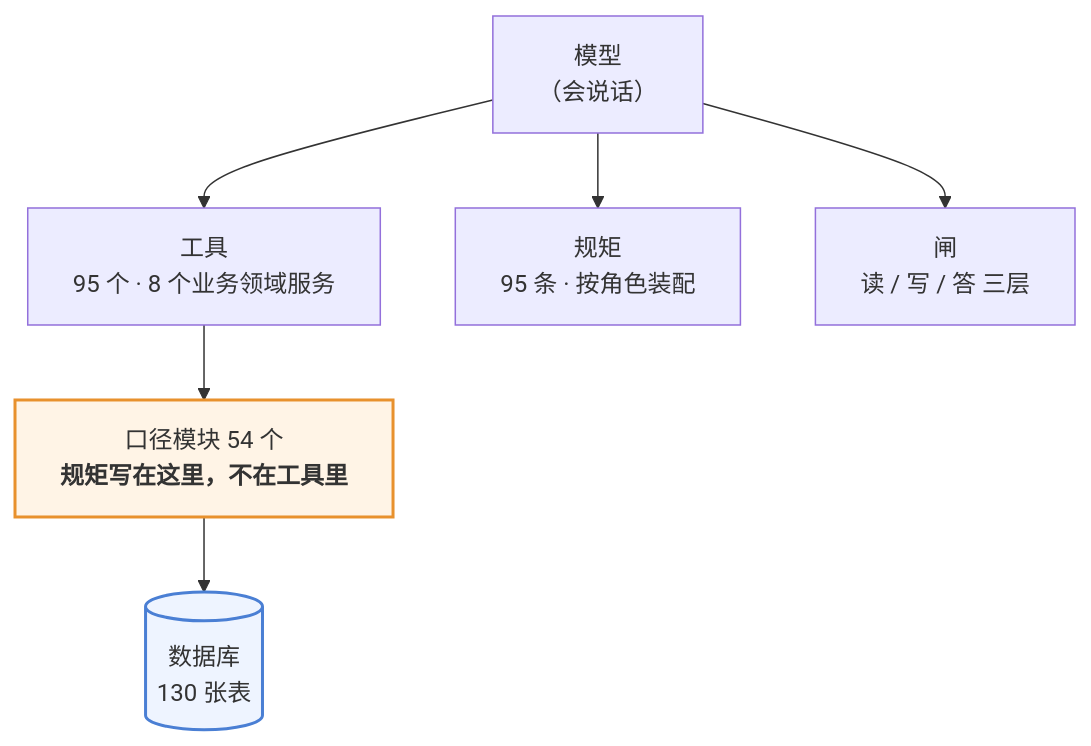
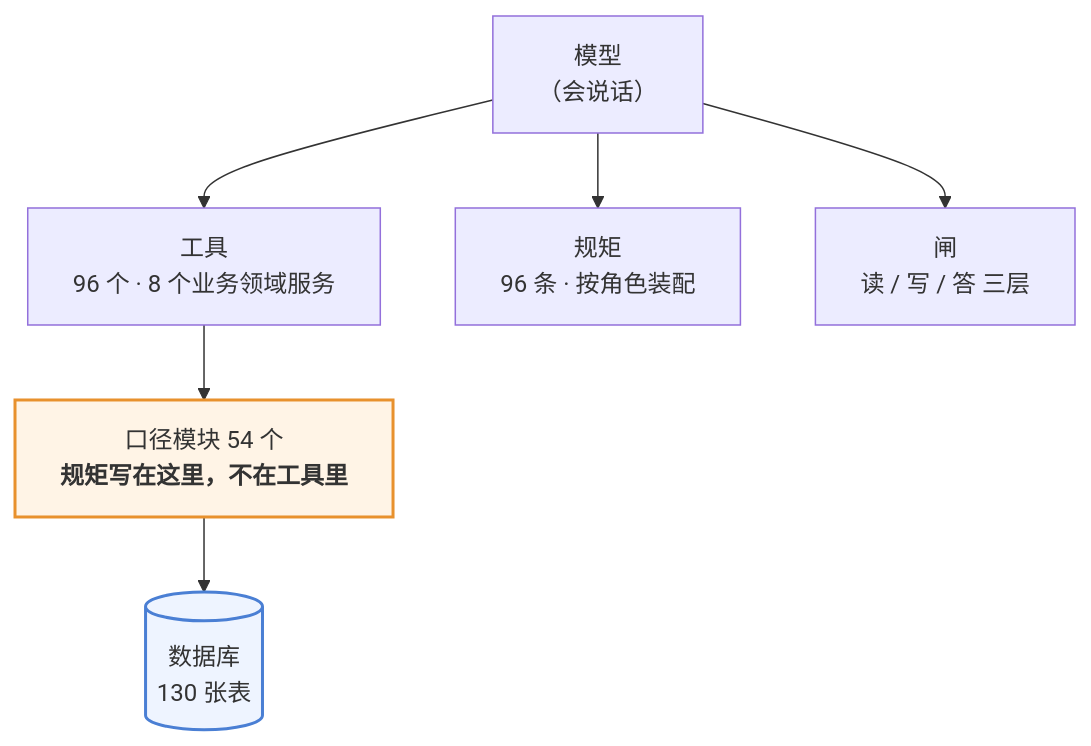
Before and after one commit to 843773296-rgb/lanxiu-yunshang-agent: the first of 3 diagrams in 澜绣云裳agent-产品说明.md, drawn with Mermaid. The commit also changed other lines of this file and 8 other files, not shown here.

````diff
--- a/澜绣云裳agent-产品说明.md
+++ b/澜绣云裳agent-产品说明.md
@@ -62,12 +62,12 @@
 ```mermaid
 flowchart TD
     M["模型<br/>（会说话）"]
-    M --> T["工具<br/>95 个 · 8 个业务领域服务"]
-    M --> R["规矩<br/>95 条 · 按角色装配"]
+    M --> T["工具<br/>96 个 · 8 个业务领域服务"]
+    M --> R["规矩<br/>96 条 · 按角色装配"]
     M --> G["闸<br/>读 / 写 / 答 三层"]
     T --> K["口径模块 54 个<br/><b>规矩写在这里，不在工具里</b>"]
     K --> DB[("数据库<br/>130 张表")]
 
     style K fill:#fff4e6,stroke:#e8912d,stroke-width:2px
     style DB fill:#eef4ff,stroke:#4a7fd4,stroke-width:2px
 ```
````
